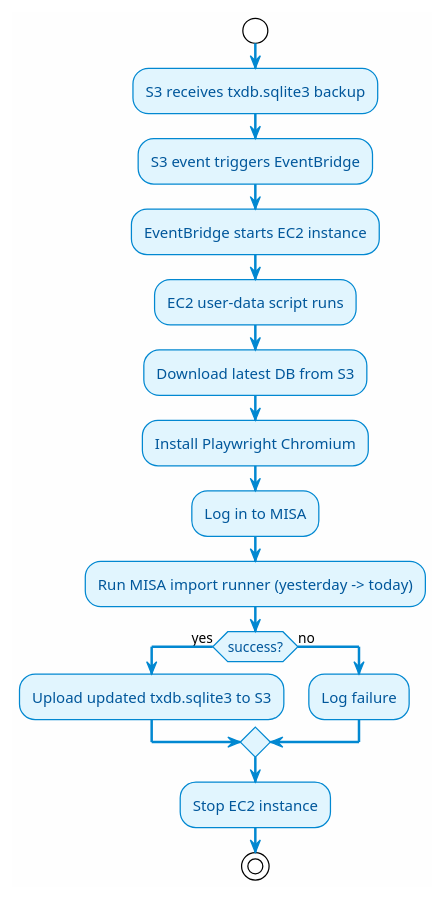
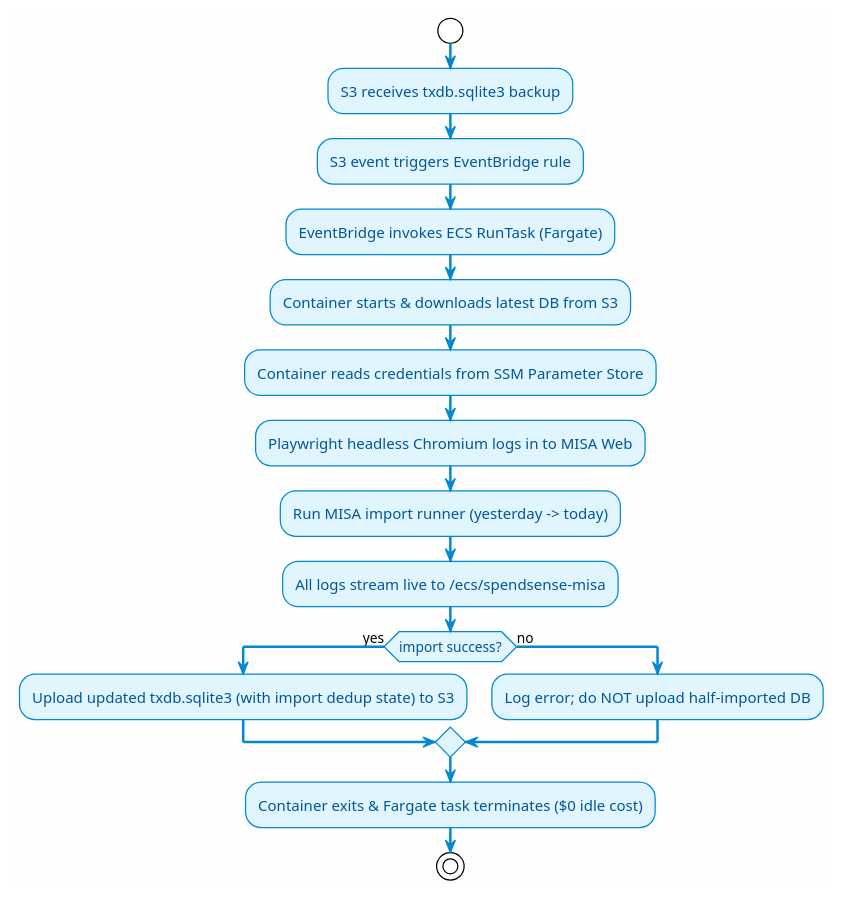
Before and after one commit to PhanCuong91/SpendSense: the second of 2 diagrams in ai/update_misa_implementation/misa_deployment_requirements.md, drawn with PlantUML. The commit also changed other lines of this file and 28 other files, not shown here.

Commit message:
docs: convert MISA runner architecture from EC2 to ECS Fargate task with direct CloudWatch logging

````diff
--- a/ai/update_misa_implementation/misa_deployment_requirements.md
+++ b/ai/update_misa_implementation/misa_deployment_requirements.md
@@ -143,31 +140,31 @@
 ```plantuml
-@startuml MISA_Runner_Lifecycle
+@startuml MISA_Fargate_Lifecycle
 !theme plain
 skinparam backgroundColor #FEFEFE
 skinparam activityBackgroundColor #E1F5FE
 skinparam activityBorderColor #0288D1
 skinparam activityFontColor #01579B
 skinparam startColor #4CAF50
 skinparam endColor #F44336
 skinparam arrowColor #0288D1
 skinparam arrowThickness 2
 
 start
 :S3 receives txdb.sqlite3 backup;
-:S3 event triggers EventBridge;
-:EventBridge starts EC2 instance;
-:EC2 user-data script runs;
-:Download latest DB from S3;
-:Install Playwright Chromium;
-:Log in to MISA;
+:S3 event triggers EventBridge rule;
+:EventBridge invokes ECS RunTask (Fargate);
+:Container starts & downloads latest DB from S3;
+:Container reads credentials from SSM Parameter Store;
+:Playwright headless Chromium logs in to MISA Web;
 :Run MISA import runner (yesterday -> today);
-if (success?) then (yes)
-  :Upload updated txdb.sqlite3 to S3;
+:All logs stream live to /ecs/spendsense-misa;
+if (import success?) then (yes)
+  :Upload updated txdb.sqlite3 (with import dedup state) to S3;
 else (no)
-  :Log failure;
+  :Log error; do NOT upload half-imported DB;
 endif
-:Stop EC2 instance;
+:Container exits & Fargate task terminates ($0 idle cost);
 stop
 
 @enduml
 ```
````
